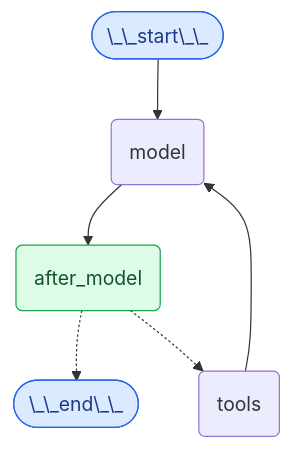
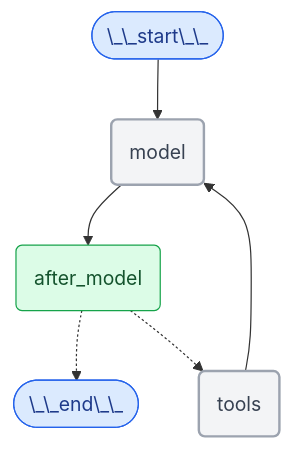
One commit to kunfan96/cndocs-langchain changed the second of 2 diagrams in oss/javascript/langchain/short-term-memory.mdx. Above: the diagram before and after it, drawn with Mermaid. The commit also changed other lines of this file and 2611 other files, not shown here.

````diff
--- a/oss/javascript/langchain/short-term-memory.mdx
+++ b/oss/javascript/langchain/short-term-memory.mdx
@@ -607,27 +612,28 @@
 ```mermaid
 %%{
     init: {
         "fontFamily": "monospace",
         "flowchart": {
         "curve": "basis"
-        },
-        "themeVariables": {"edgeLabelBackground": "transparent"}
+        }
     }
 }%%
 graph TD
     S(["\_\_start\_\_"])
     MODEL(model)
     POST(after_model)
     TOOLS(tools)
     END(["\_\_end\_\_"])
     S --> MODEL
     MODEL --> POST
     POST -.-> END
     POST -.-> TOOLS
     TOOLS --> MODEL
     classDef blueHighlight fill:#DBEAFE,stroke:#2563EB,color:#1E3A8A;
     classDef greenHighlight fill:#DCFCE7,stroke:#16A34A,color:#14532D;
+    classDef neutral fill:#F3F4F6,stroke:#9CA3AF,stroke-width:2px,color:#374151;
     class S blueHighlight;
     class END blueHighlight;
     class POST greenHighlight;
+    class MODEL,TOOLS neutral;
 ```
````
